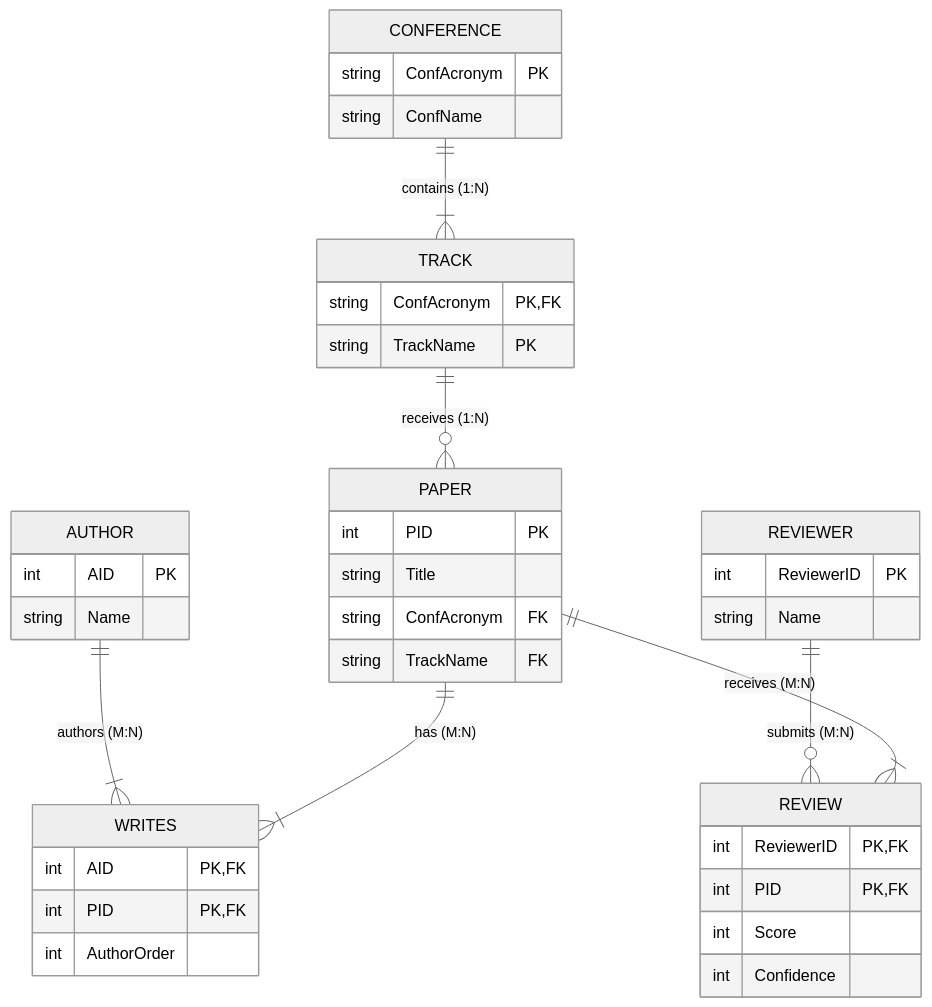
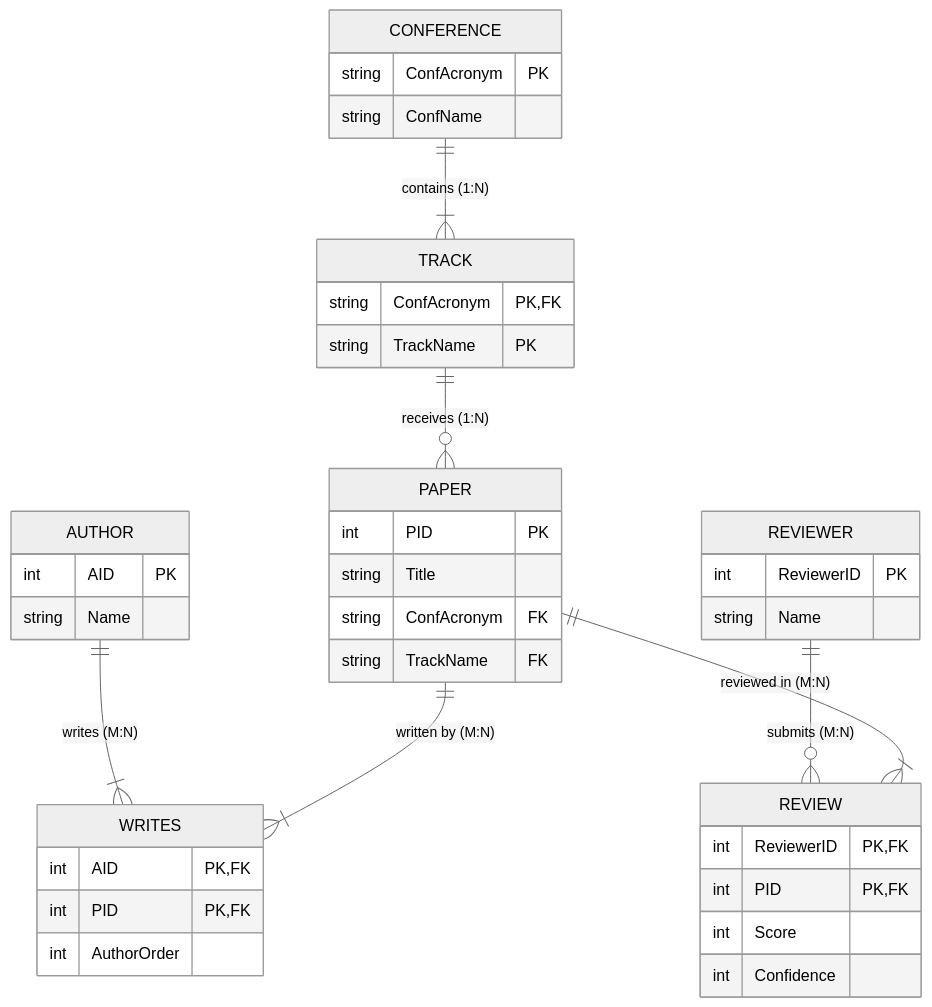
The second of 2 diagrams in Year2_Term3/CS486 - Introduction to Database Systems/Final Review/Mock_Test_5_ER.md (nguyendinhthienloc/APCS), drawn with Mermaid (neutral theme) before and after one commit. The commit also changed other lines of this file and 16 other files, not shown here.

````diff
--- a/Year2_Term3/CS486 - Introduction to Database Systems/Final Review/Mock_Test_5_ER.md
+++ b/Year2_Term3/CS486 - Introduction to Database Systems/Final Review/Mock_Test_5_ER.md
@@ -3,49 +95,49 @@
 ```mermaid
 erDiagram
     CONFERENCE ||--|{ TRACK : "contains (1:N)"
     TRACK ||--o{ PAPER : "receives (1:N)"
-    AUTHOR ||--|{ WRITES : "authors (M:N)"
-    PAPER ||--|{ WRITES : "has (M:N)"
+    AUTHOR ||--|{ WRITES : "writes (M:N)"
+    PAPER ||--|{ WRITES : "written by (M:N)"
     REVIEWER ||--o{ REVIEW : "submits (M:N)"
-    PAPER ||--|{ REVIEW : "receives (M:N)"
+    PAPER ||--|{ REVIEW : "reviewed in (M:N)"
 
     CONFERENCE {
         string ConfAcronym PK
         string ConfName
     }
 
     TRACK {
         string ConfAcronym PK, FK
         string TrackName PK
     }
 
     PAPER {
         int PID PK
         string Title
         string ConfAcronym FK
         string TrackName FK
     }
 
     AUTHOR {
         int AID PK
         string Name
     }
 
     WRITES {
         int AID PK, FK
         int PID PK, FK
         int AuthorOrder
     }
 
     REVIEWER {
         int ReviewerID PK
         string Name
     }
 
     REVIEW {
         int ReviewerID PK, FK
         int PID PK, FK
         int Score
         int Confidence
     }
 ```
````
